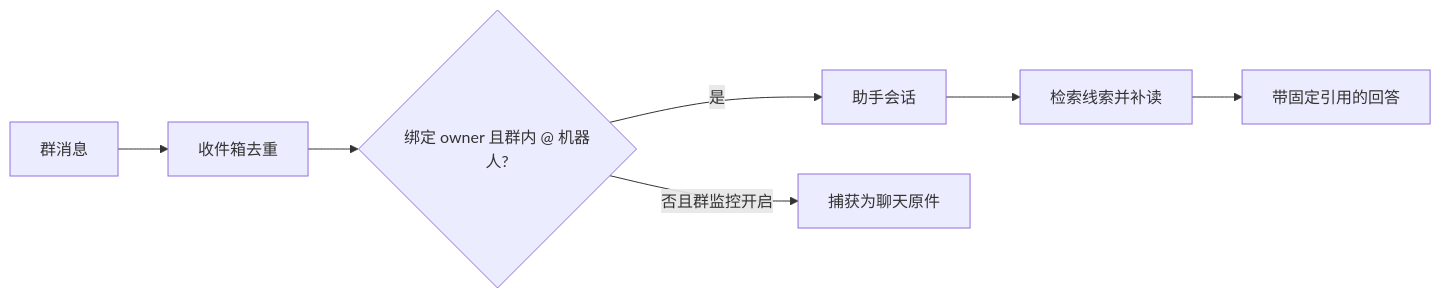
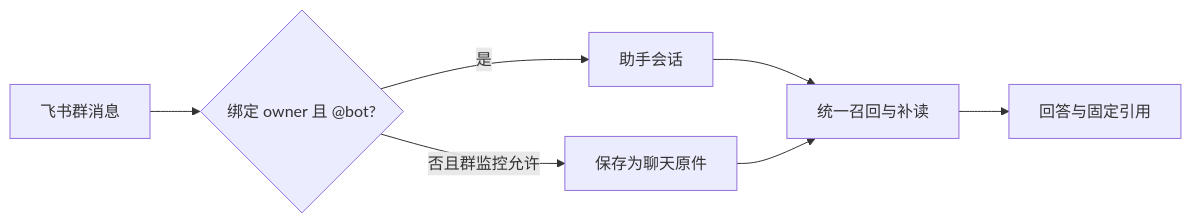
The diagram in .repo-review/knowledge/articles/c7ef9ab86227b21952d1f3567bf0ff43a7d5e858dd8fb114a0775b4a78d08de5.md (lejunyang/omem), drawn with Mermaid before and after one commit. The commit also changed other lines of this file and 11 other files, not shown here.

````diff
--- a/.repo-review/knowledge/articles/c7ef9ab86227b21952d1f3567bf0ff43a7d5e858dd8fb114a0775b4a78d08de5.md
+++ b/.repo-review/knowledge/articles/c7ef9ab86227b21952d1f3567bf0ff43a7d5e858dd8fb114a0775b4a78d08de5.md
@@ -14,9 +14,9 @@
 ```mermaid
 flowchart LR
-  A[群消息] --> B[收件箱去重]
-  B --> C{绑定 owner 且群内 @ 机器人?}
-  C -- 是 --> D[助手会话]
-  C -- 否且群监控开启 --> E[捕获为聊天原件]
-  D --> F[检索线索并补读]
-  F --> G[带固定引用的回答]
+  A[飞书群消息] --> B{绑定 owner 且 @bot?}
+  B -->|是| C[助手会话]
+  B -->|否且群监控允许| D[保存为聊天原件]
+  C --> E[统一召回与补读]
+  D --> E
+  E --> F[回答与固定引用]
 ```
````
